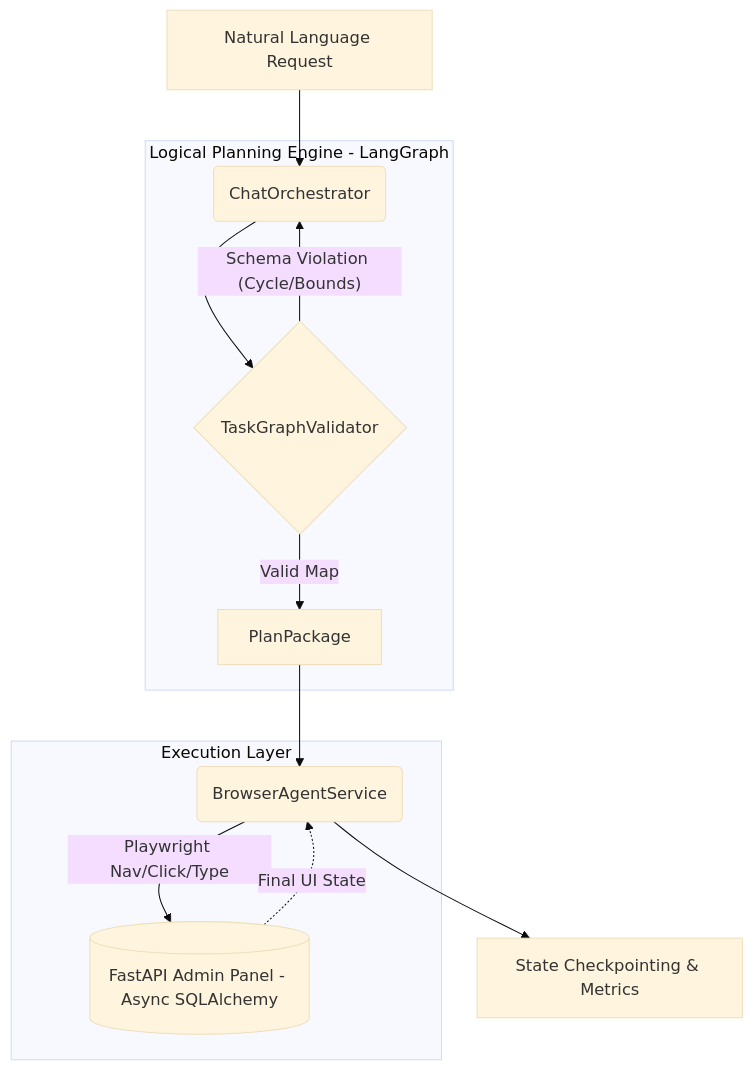
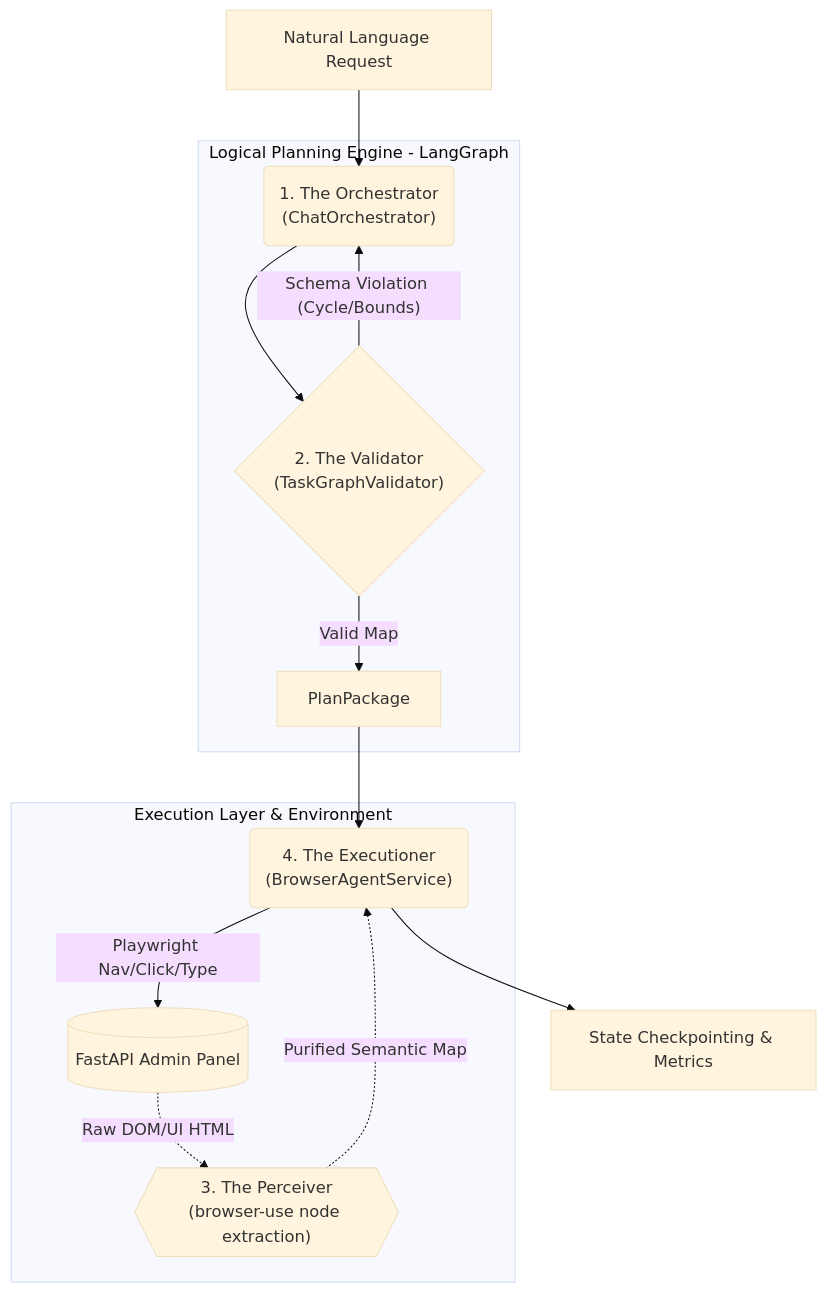
Before and after one commit to mdminhaj-2106/PheonixWright: the diagram in README.md, drawn with Mermaid (base theme). The commit also changed other lines of this file, not shown here.

````diff
--- a/README.md
+++ b/README.md
@@ -11,20 +11,21 @@
 ```mermaid
 graph TD
     
     A[Natural Language Request] --> B
 
     subgraph "Logical Planning Engine - LangGraph"
-        B(ChatOrchestrator):::agent --> C{TaskGraphValidator}
+        B("1. The Orchestrator<br>(ChatOrchestrator)"):::agent --> C{"2. The Validator<br>(TaskGraphValidator)"}
         C -- "Schema Violation (Cycle/Bounds)" --> B
         C -- "Valid Map" --> D[PlanPackage]
     end
 
-    D --> E(BrowserAgentService):::llm
+    D --> E("4. The Executioner<br>(BrowserAgentService)"):::llm
     
-    subgraph "Execution Layer"
-        E -- "Playwright Nav/Click/Type" --> F[(FastAPI Admin Panel - Async SQLAlchemy)]:::web
+    subgraph "Execution Layer & Environment"
+        E -- "Playwright Nav/Click/Type" --> F[(FastAPI Admin Panel)]:::web
+        F -. "Raw DOM/UI HTML" .-> P{{"3. The Perceiver<br>(browser-use node extraction)"}}
+        P -. "Purified Semantic Map" .-> E
     end
     
-    F -. "Final UI State" .-> E
     E --> G[State Checkpointing & Metrics]
 ```
````
